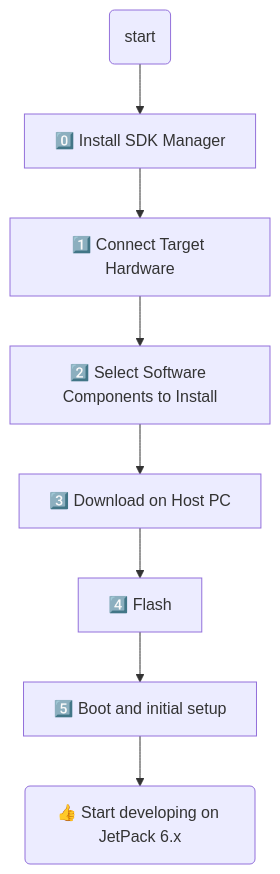
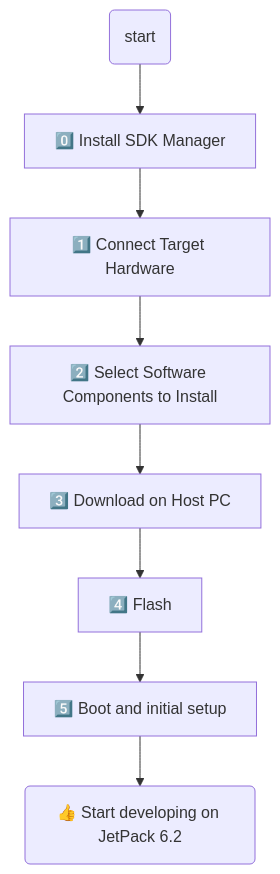
One commit to NVIDIA-AI-IOT/jetson-generative-ai-playground changed the second of 2 diagrams in docs/initial_setup_jon_sdkm.md. Above: the diagram before and after it, drawn with Mermaid. The commit also changed other lines of this file and 1 other file, not shown here.

````diff
--- a/docs/initial_setup_jon_sdkm.md
+++ b/docs/initial_setup_jon_sdkm.md
@@ -80,10 +80,10 @@
     ```mermaid
     flowchart
         A(start) --> B[0️⃣ Install SDK Manager]
         B --> C[1️⃣ Connect Target Hardware] 
         C --> D[2️⃣ Select Software Components to Install]
         D --> E[3️⃣ Download on Host PC]
         E --> F[4️⃣ Flash]
         F --> G[5️⃣ Boot and initial setup]
-        G --> P(👍 Start developing on JetPack 6.x) 
+        G --> P(👍 Start developing on JetPack 6.2) 
     ```
````
